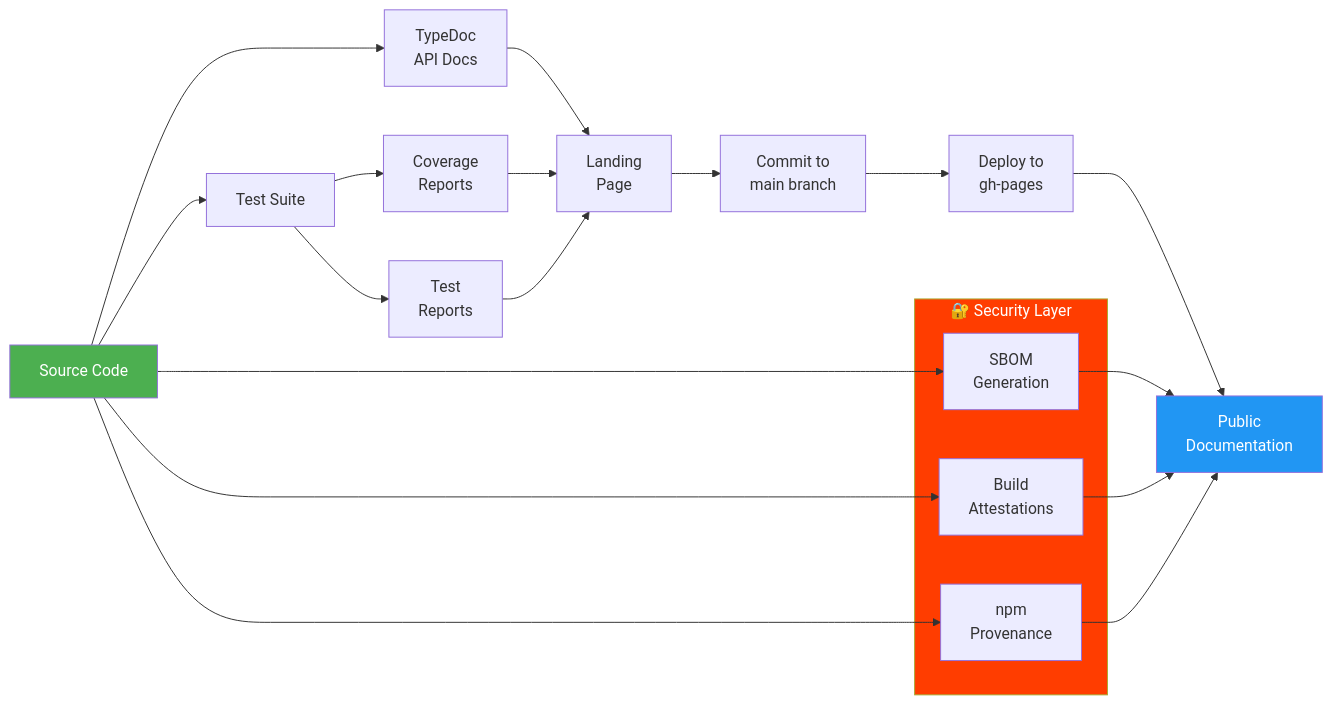
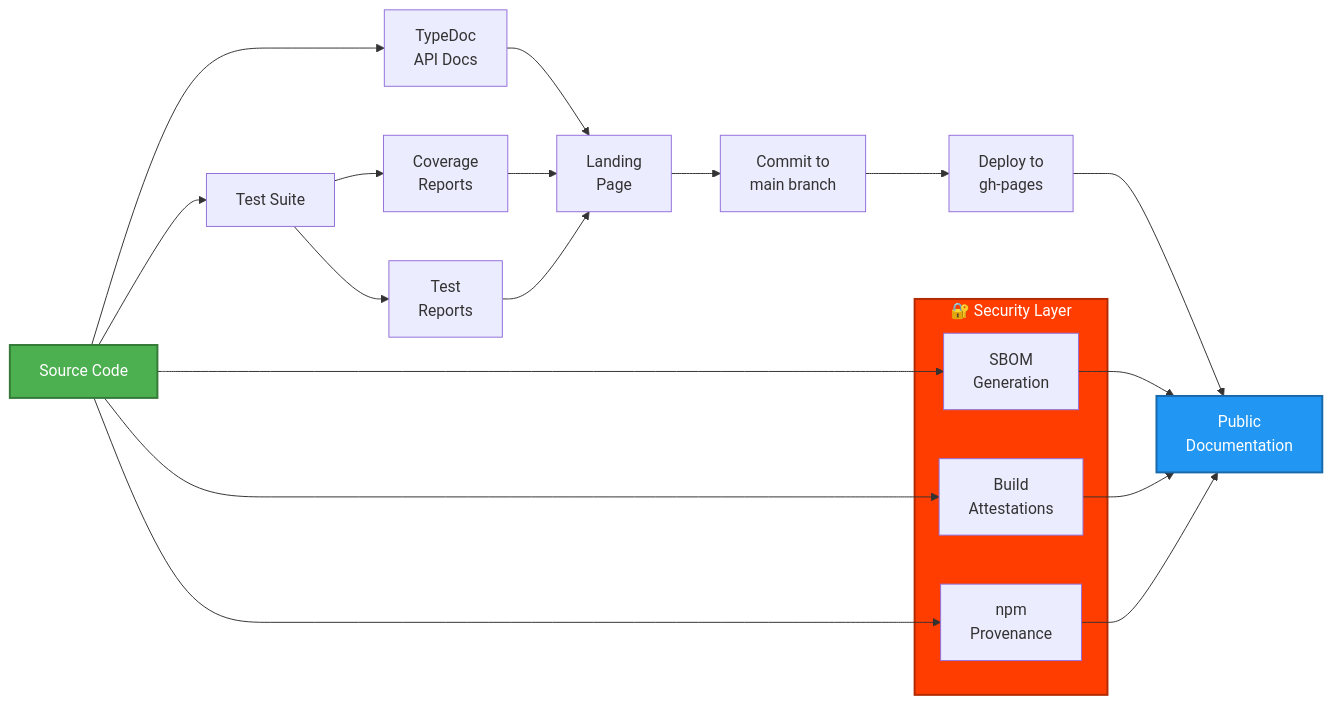
The fourth of 4 diagrams in RELEASE_WORKFLOW_VISUALIZATION.md (Hack23/European-Parliament-MCP-Server), drawn with Mermaid before and after one commit. The commit also changed other lines of this file and 17 other files, not shown here.

````diff
--- a/RELEASE_WORKFLOW_VISUALIZATION.md
+++ b/RELEASE_WORKFLOW_VISUALIZATION.md
@@ -186,36 +196,39 @@
 ```mermaid
 flowchart LR
     Code[Source Code] --> TypeDoc[TypeDoc<br/>API Docs]
     Code --> Tests[Test Suite]
     Tests --> Coverage[Coverage<br/>Reports]
     Tests --> TestReports[Test<br/>Reports]
     
     TypeDoc --> Sitemap[Landing<br/>Page]
     Coverage --> Sitemap
     TestReports --> Sitemap
     
     Sitemap --> Commit[Commit to<br/>main branch]
     Commit --> Deploy[Deploy to<br/>gh-pages]
     
     Deploy --> Public[Public<br/>Documentation]
     
     subgraph Security["🔐 Security Layer"]
         SBOM[SBOM<br/>Generation]
         Attest[Build<br/>Attestations]
         Prov[npm<br/>Provenance]
     end
     
     Code --> SBOM
     Code --> Attest
     Code --> Prov
     
     SBOM --> Public
     Attest --> Public
     Prov --> Public
     
-    style Code fill:#4CAF50,color:#ffffff
+    style Code fill:#4CAF50,stroke:#357a38,stroke-width:2px,color:#ffffff
 
-    style Public fill:#2196F3,color:#ffffff
 
-    style Security fill:#FF3D00,color:#fff
+    style Public fill:#2196F3,stroke:#1769aa,stroke-width:2px,color:#ffffff
+
+
+    style Security fill:#FF3D00,stroke:#b22a00,stroke-width:2px,color:#fff
+
 ```
````
